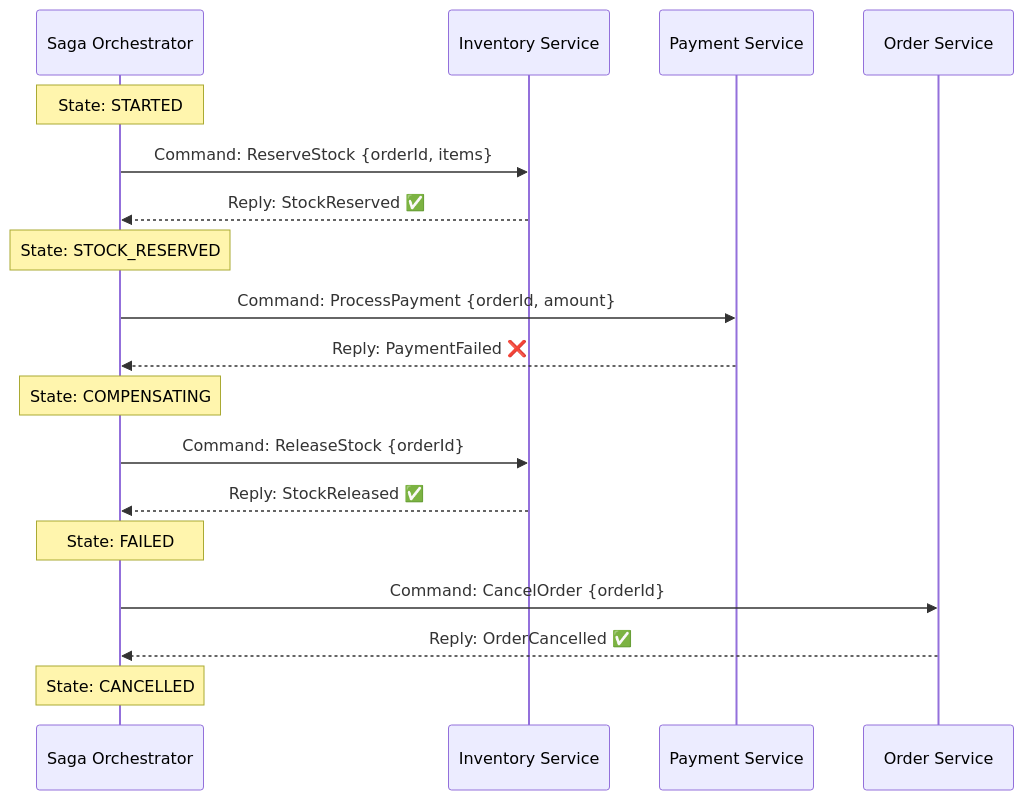
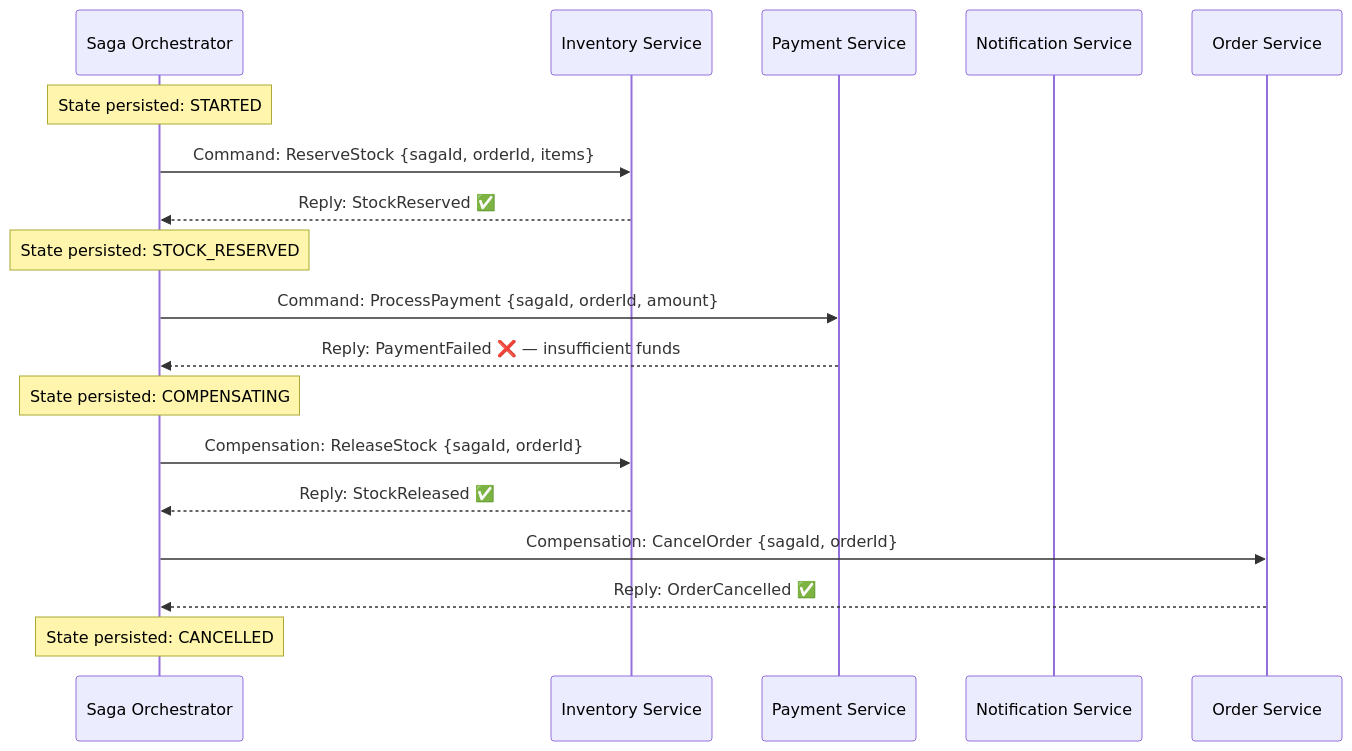
Before and after one commit to minhkhuong2404/docusaurus-knowledge-base-template: the second of 2 diagrams in docs/technical-knowledge/system-design/saga-pattern.md, drawn with Mermaid. The commit also changed other lines of this file and 59 other files, not shown here.

````diff
--- a/docs/technical-knowledge/system-design/saga-pattern.md
+++ b/docs/technical-knowledge/system-design/saga-pattern.md
@@ -197,24 +317,24 @@
 ```mermaid
 sequenceDiagram
     participant O as Saga Orchestrator
     participant IS as Inventory Service
     participant PS as Payment Service
+    participant NS as Notification Service
     participant OS as Order Service
 
-    Note over O: State: STARTED
-    O->>IS: Command: ReserveStock {orderId, items}
+    Note over O: State persisted: STARTED
+    O->>IS: Command: ReserveStock {sagaId, orderId, items}
     IS-->>O: Reply: StockReserved ✅
-    Note over O: State: STOCK_RESERVED
+    Note over O: State persisted: STOCK_RESERVED
 
-    O->>PS: Command: ProcessPayment {orderId, amount}
-    PS-->>O: Reply: PaymentFailed ❌
-    Note over O: State: COMPENSATING
+    O->>PS: Command: ProcessPayment {sagaId, orderId, amount}
+    PS-->>O: Reply: PaymentFailed ❌ — insufficient funds
+    Note over O: State persisted: COMPENSATING
 
-    O->>IS: Command: ReleaseStock {orderId}
+    O->>IS: Compensation: ReleaseStock {sagaId, orderId}
     IS-->>O: Reply: StockReleased ✅
-    Note over O: State: FAILED
 
-    O->>OS: Command: CancelOrder {orderId}
+    O->>OS: Compensation: CancelOrder {sagaId, orderId}
     OS-->>O: Reply: OrderCancelled ✅
-    Note over O: State: CANCELLED
+    Note over O: State persisted: CANCELLED
 ```
````
